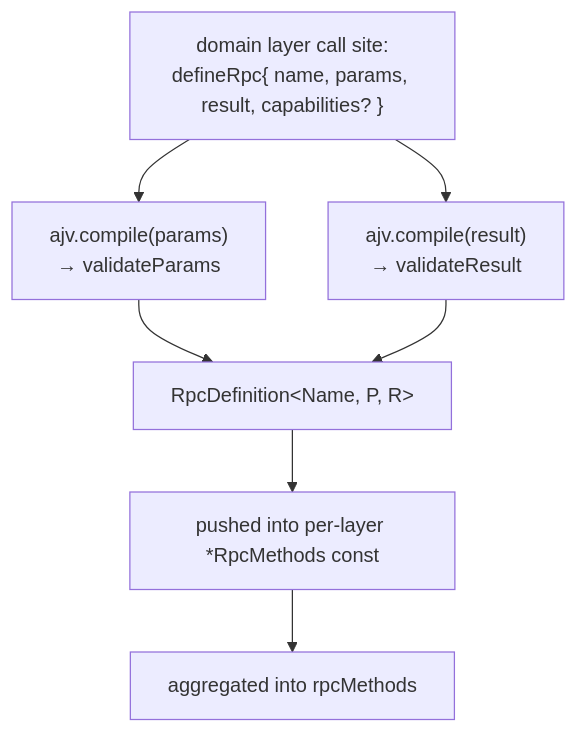
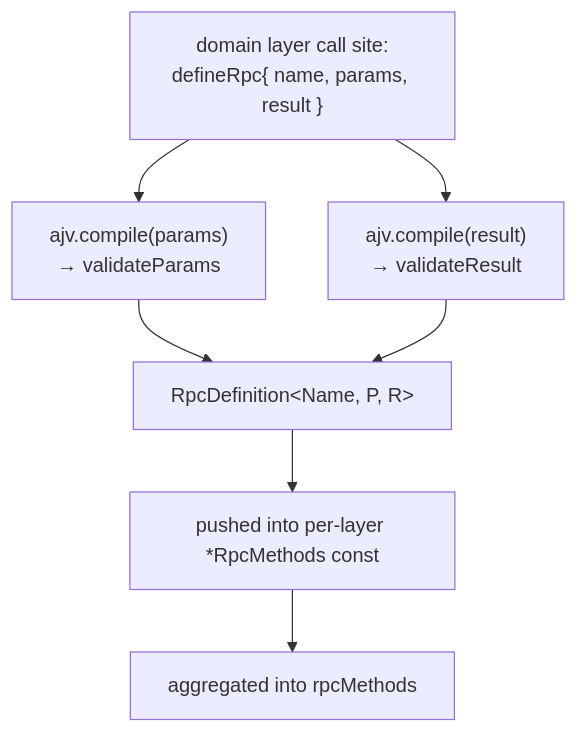
One commit to chughtapan/moltzap changed the first of 3 diagrams in docs/modules/protocol/transport.mdx. Above: the diagram before and after it, drawn with Mermaid. The commit also changed other lines of this file and 38 other files, not shown here.

````diff
--- a/docs/modules/protocol/transport.mdx
+++ b/docs/modules/protocol/transport.mdx
@@ -507,10 +400,10 @@
 ```mermaid
 flowchart TD
-  A["domain layer call site:<br>defineRpc{ name, params, result, capabilities? }"]
+  A["domain layer call site:<br>defineRpc{ name, params, result }"]
   A --> B["ajv.compile(params)<br>→ validateParams"]
   A --> C["ajv.compile(result)<br>→ validateResult"]
   B --> D["RpcDefinition&lt;Name, P, R&gt;"]
   C --> D
   D --> E["pushed into per-layer *RpcMethods const"]
   E --> F["aggregated into rpcMethods"]
 ```
````
